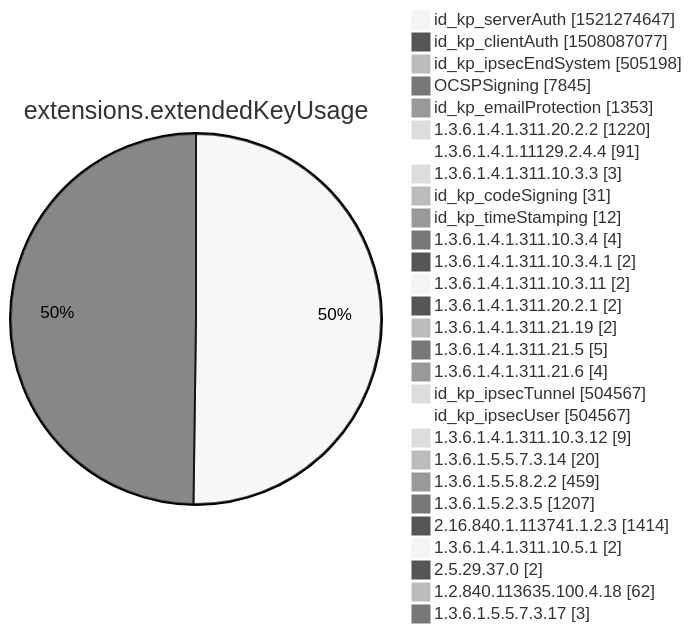
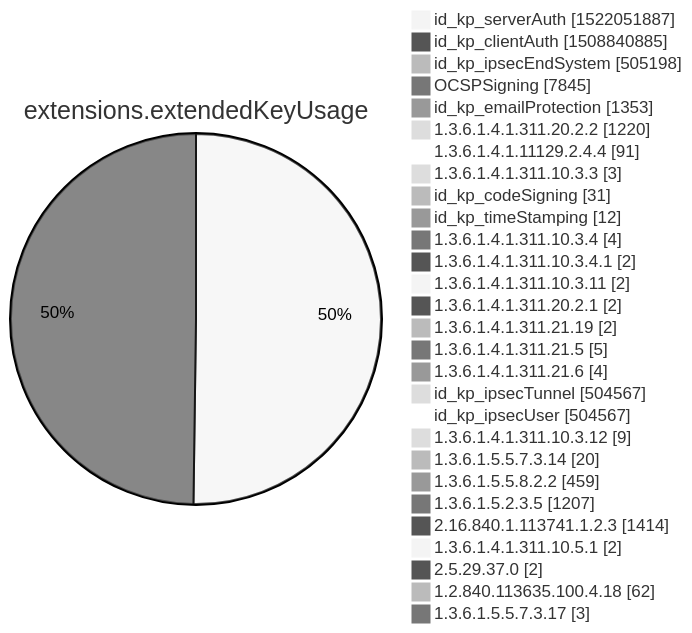
Before and after one commit to christiankrug/ctmonitor_visualization: diagram 12 of 15 in xenon2022/README.md, drawn with Mermaid (neutral theme). The commit also changed other lines of this file, not shown here.

````diff
--- a/xenon2022/README.md
+++ b/xenon2022/README.md
@@ -3877,32 +3877,32 @@
 ```mermaid
 pie showData
 title extensions.extendedKeyUsage
-"id_kp_serverAuth" :1521274647
-"id_kp_clientAuth" :1508087077
+"id_kp_serverAuth" :1522051887
+"id_kp_clientAuth" :1508840885
 "id_kp_ipsecEndSystem" :505198
 "OCSPSigning" :7845
 "id_kp_emailProtection" :1353
 "1.3.6.1.4.1.311.20.2.2" :1220
 "1.3.6.1.4.1.11129.2.4.4" :91
 "1.3.6.1.4.1.311.10.3.3" :3
 "id_kp_codeSigning" :31
 "id_kp_timeStamping" :12
 "1.3.6.1.4.1.311.10.3.4" :4
 "1.3.6.1.4.1.311.10.3.4.1" :2
 "1.3.6.1.4.1.311.10.3.11" :2
 "1.3.6.1.4.1.311.20.2.1" :2
 "1.3.6.1.4.1.311.21.19" :2
 "1.3.6.1.4.1.311.21.5" :5
 "1.3.6.1.4.1.311.21.6" :4
 "id_kp_ipsecTunnel" :504567
 "id_kp_ipsecUser" :504567
 "1.3.6.1.4.1.311.10.3.12" :9
 "1.3.6.1.5.5.7.3.14" :20
 "1.3.6.1.5.5.8.2.2" :459
 "1.3.6.1.5.2.3.5" :1207
 "2.16.840.1.113741.1.2.3" :1414
 "1.3.6.1.4.1.311.10.5.1" :2
 "2.5.29.37.0" :2
 "1.2.840.113635.100.4.18" :62
 "1.3.6.1.5.5.7.3.17" :3
 ```
````
